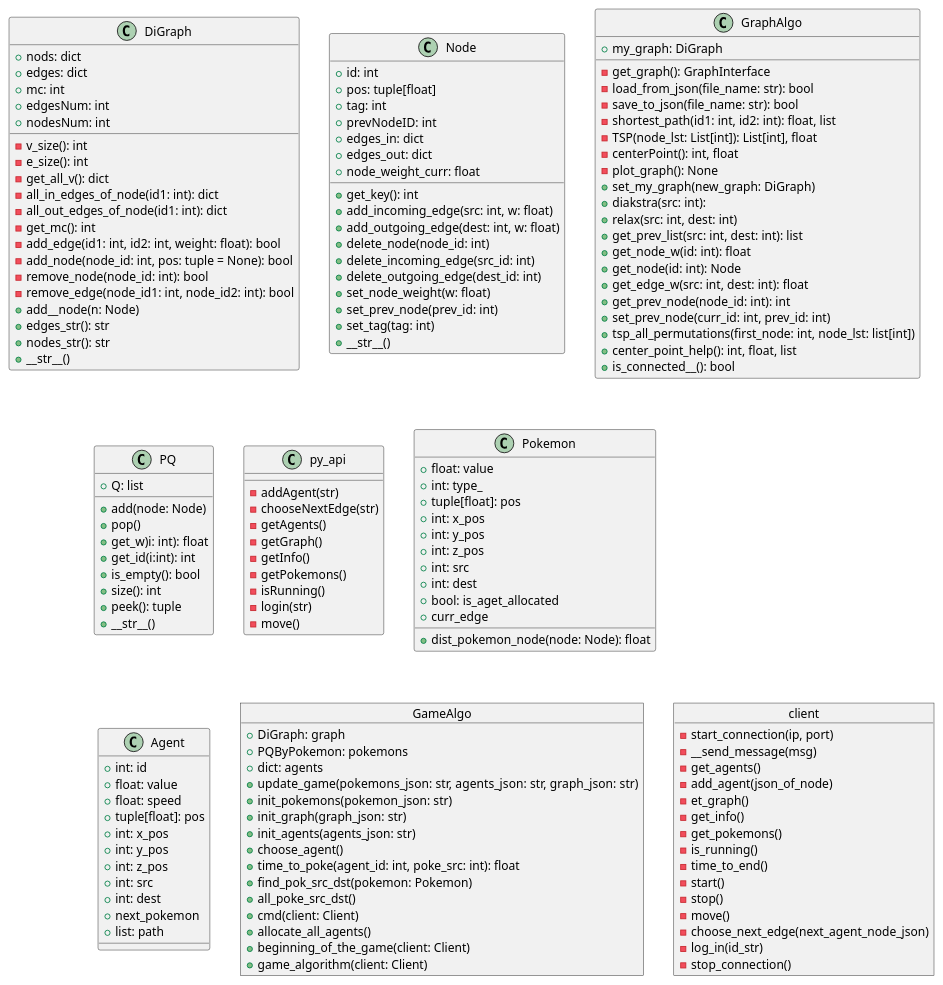
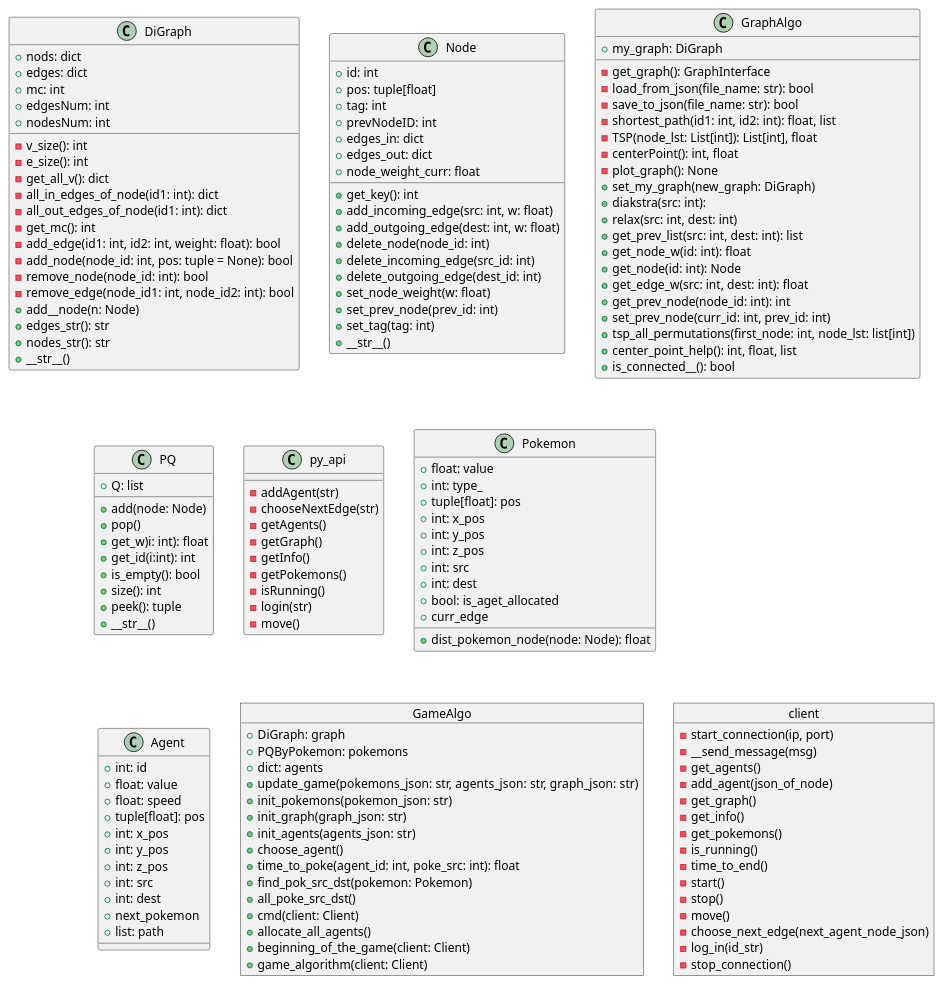
One commit to Matanel1995/OOP-Ex4-Pokemon-Game changed the diagram in docs/OOP_Ex4_uml.puml. Above: the diagram before and after it, drawn with PlantUML. The commit also changed 101 other files, not shown here.

```diff
--- a/docs/OOP_Ex4_uml.puml
+++ b/docs/OOP_Ex4_uml.puml
@@ -2,161 +2,161 @@
 @startuml
 
 
 class DiGraph{
 +nods: dict
 +edges: dict
 +mc: int
 +edgesNum: int
 +nodesNum: int
 -v_size(): int
 -e_size(): int
 -get_all_v(): dict
 -all_in_edges_of_node(id1: int): dict
 -all_out_edges_of_node(id1: int): dict
 -get_mc(): int
 -add_edge(id1: int, id2: int, weight: float): bool
 -add_node(node_id: int, pos: tuple = None): bool
 -remove_node(node_id: int): bool
 -remove_edge(node_id1: int, node_id2: int): bool
 +add__node(n: Node)
 +edges_str(): str
 +nodes_str(): str
 +__str__()
 }
 
 class Node{
 +id: int
 +pos: tuple[float]
 +tag: int
 +prevNodeID: int
 +edges_in: dict
 +edges_out: dict
 +node_weight_curr: float
 +get_key(): int
 +add_incoming_edge(src: int, w: float)
 +add_outgoing_edge(dest: int, w: float)
 +delete_node(node_id: int)
 +delete_incoming_edge(src_id: int)
 +delete_outgoing_edge(dest_id: int)
 +set_node_weight(w: float)
 +set_prev_node(prev_id: int)
 +set_tag(tag: int)
 +__str__()
 }
 
 class GraphAlgo{
 +my_graph: DiGraph
 -get_graph(): GraphInterface
 -load_from_json(file_name: str): bool
 -save_to_json(file_name: str): bool
 -shortest_path(id1: int, id2: int): float, list
 -TSP(node_lst: List[int]): List[int], float
 -centerPoint(): int, float
 -plot_graph(): None
 +set_my_graph(new_graph: DiGraph)
 +diakstra(src: int):
 +relax(src: int, dest: int)
 +get_prev_list(src: int, dest: int): list
 +get_node_w(id: int): float
 +get_node(id: int): Node
 '+get_node_tag(id: int): int
 '+set_node_tag(id: int, tag)
 '+set_path_w(id: int, w: float)
 +get_edge_w(src: int, dest: int): float
 +get_prev_node(node_id: int): int
 +set_prev_node(curr_id: int, prev_id: int)
 +tsp_all_permutations(first_node: int, node_lst: list[int])
 +center_point_help(): int, float, list
 +is_connected__(): bool
 }
 
 class PQ{
 +Q: list
 +add(node: Node)
 +pop()
 +get_w)i: int): float
 +get_id(i:int): int
 +is_empty(): bool
 +size(): int
 +peek(): tuple
 +__str__()
 }
 
 class py_api{
 -addAgent(str)
 -chooseNextEdge(str)
 -getAgents()
 -getGraph()
 -getInfo()
 -getPokemons()
 -isRunning()
 -login(str)
 -move()
 }
 
 class Pokemon{
 +float: value
 +int: type_
 +tuple[float]: pos
 +int: x_pos
 +int: y_pos
 +int: z_pos
 +int: src
 +int: dest
 +bool: is_aget_allocated
 +curr_edge
 +dist_pokemon_node(node: Node): float
 
 }
 
 class Agent{
 +int: id
 +float: value
 +float: speed
 +tuple[float]: pos
 +int: x_pos
 +int: y_pos
 +int: z_pos
 +int: src
 +int: dest
 +next_pokemon
 +list: path
 }
 
 object GameAlgo{
 +DiGraph: graph
 +PQByPokemon: pokemons
 +dict: agents
 +update_game(pokemons_json: str, agents_json: str, graph_json: str)
 +init_pokemons(pokemon_json: str)
 +init_graph(graph_json: str)
 +init_agents(agents_json: str)
 +choose_agent()
 +time_to_poke(agent_id: int, poke_src: int): float
 +find_pok_src_dst(pokemon: Pokemon)
 +all_poke_src_dst()
 +cmd(client: Client)
 +allocate_all_agents()
 +beginning_of_the_game(client: Client)
 +game_algorithm(client: Client)
 }
 
 object client{
 -start_connection(ip, port)
 -__send_message(msg)
 -get_agents()
 -add_agent(json_of_node)
--et_graph()
+-get_graph()
 -get_info()
 -get_pokemons()
 -is_running()
 -time_to_end()
 -start()
 -stop()
 -move()
 -choose_next_edge(next_agent_node_json)
 -log_in(id_str)
 -stop_connection()
 }
 
 @enduml
```
